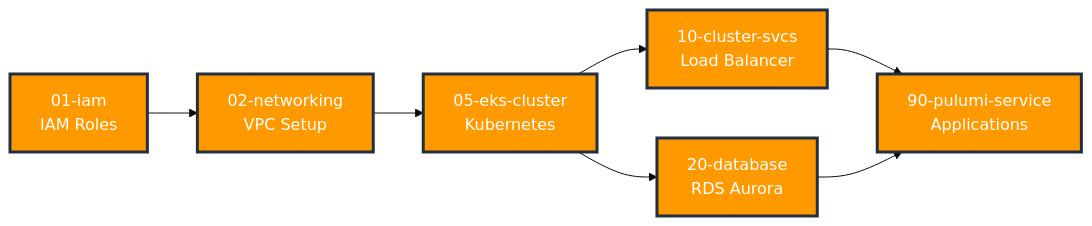
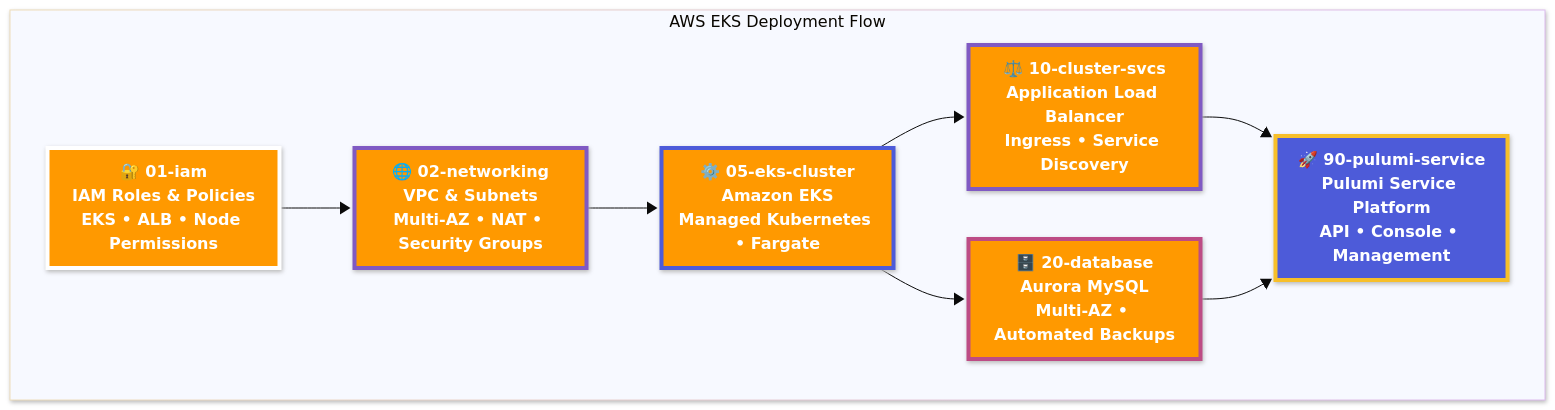
Before and after one commit to pulumi/pulumi-self-hosted-installers: the diagram in eks-hosted/diagrams/01-overview.mmd, drawn with Mermaid. The commit also changed 55 other files, not shown here.

```diff
--- a/eks-hosted/diagrams/01-overview.mmd
+++ b/eks-hosted/diagrams/01-overview.mmd
@@ -1,17 +1,27 @@
-%%{init: {'theme':'base', 'themeVariables': {'fontSize': '20px', 'fontFamily': 'Arial, sans-serif'}}}%%
-graph LR
-    classDef stage fill:#FF9900,stroke:#232F3E,stroke-width:3px,color:#FFFFFF,font-size:16px
+---
+config:
+  look: neo
+  theme: base
+---
+graph TD
+    classDef awsInfra fill:#FF9900,stroke:#FFFFFF,stroke-width:4px,color:#FFFFFF,font-weight:bold
+    classDef awsCompute fill:#FF9900,stroke:#4d5bd9,stroke-width:4px,color:#FFFFFF,font-weight:bold
+    classDef awsNetwork fill:#FF9900,stroke:#805ac3,stroke-width:4px,color:#FFFFFF,font-weight:bold
+    classDef awsStorage fill:#FF9900,stroke:#bd4c85,stroke-width:4px,color:#FFFFFF,font-weight:bold
+    classDef pulumiService fill:#4d5bd9,stroke:#f7bf2a,stroke-width:4px,color:#FFFFFF,font-weight:bold
     
-    IAM[01-iam<br/>IAM Roles]:::stage
-    NET[02-networking<br/>VPC Setup]:::stage
-    EKS[05-eks-cluster<br/>Kubernetes]:::stage
-    SVC[10-cluster-svcs<br/>Load Balancer]:::stage
-    DB[20-database<br/>RDS Aurora]:::stage
-    PULUMI[90-pulumi-service<br/>Applications]:::stage
+    subgraph FLOW["AWS EKS Deployment Flow"]
+        IAM["🔐 01-iam<br/>IAM Roles & Policies<br/>EKS • ALB • Node Permissions"]:::awsInfra
+        NET["🌐 02-networking<br/>VPC & Subnets<br/>Multi-AZ • NAT • Security Groups"]:::awsNetwork
+        EKS["⚙️ 05-eks-cluster<br/>Amazon EKS<br/>Managed Kubernetes • Fargate"]:::awsCompute
+        SVC["⚖️ 10-cluster-svcs<br/>Application Load Balancer<br/>Ingress • Service Discovery"]:::awsNetwork
+        DB["🗄️ 20-database<br/>Aurora MySQL<br/>Multi-AZ • Automated Backups"]:::awsStorage
+        PULUMI["🚀 90-pulumi-service<br/>Pulumi Service Platform<br/>API • Console • Management"]:::pulumiService
+    end
     
     IAM --> NET
     NET --> EKS
     EKS --> SVC
     EKS --> DB
     SVC --> PULUMI
     DB --> PULUMI
```
